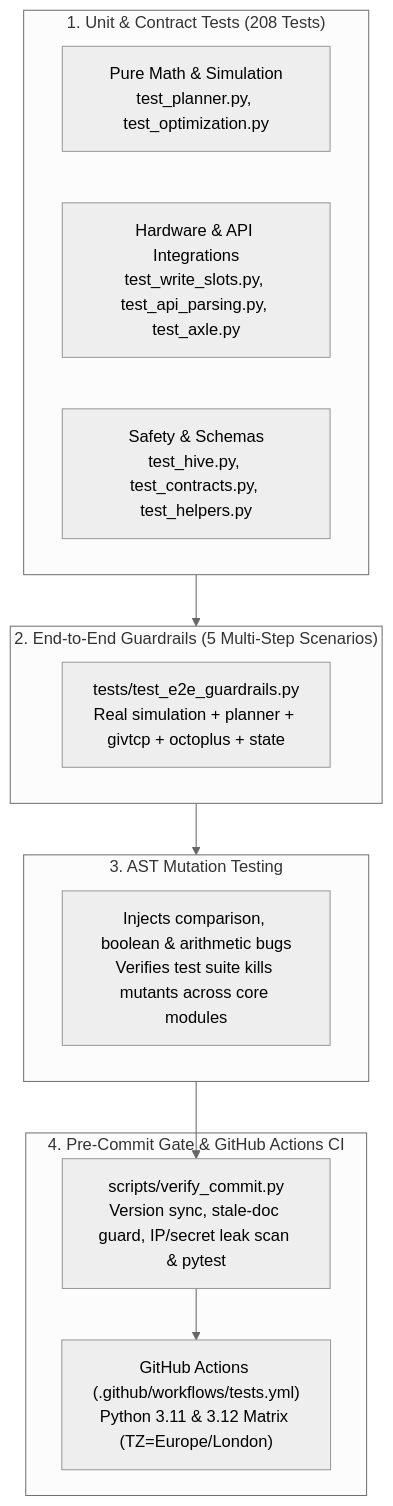
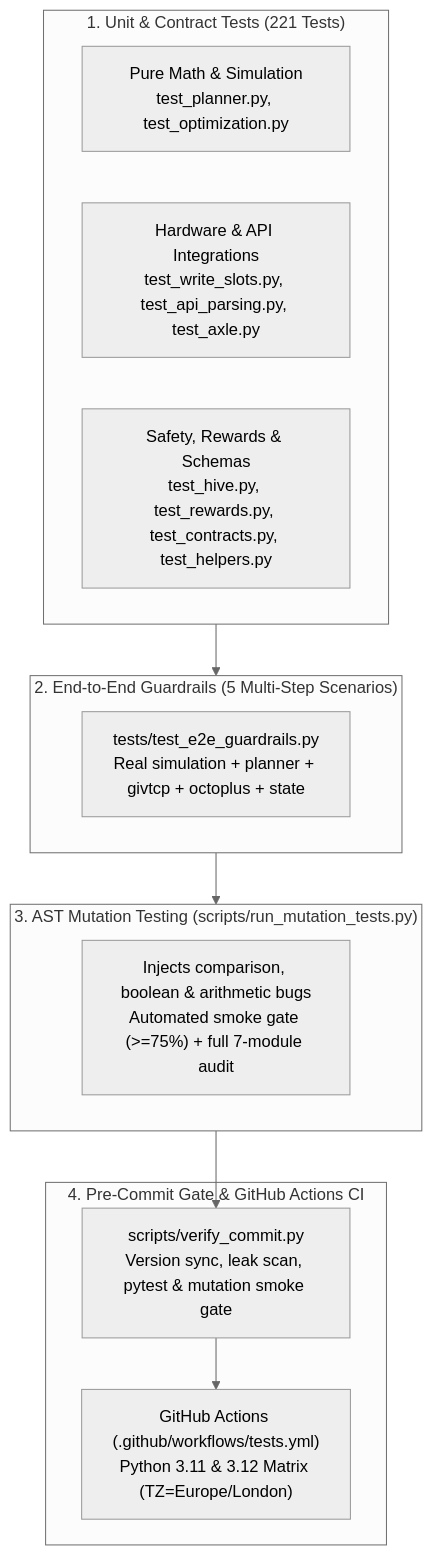
One commit to revhawk/GivEnergy_Tracker changed the first of 2 diagrams in ha-addon/TESTING.md. Above: the diagram before and after it, drawn with Mermaid (neutral theme). The commit also changed other lines of this file and 4 other files, not shown here.

Commit message:
chore: integrate AST mutation smoke gate into verify_commit.py and document mutation tests

````diff
--- a/ha-addon/TESTING.md
+++ b/ha-addon/TESTING.md
@@ -11,26 +11,26 @@
 ```mermaid
 flowchart TD
-    subgraph Layer1["1. Unit & Contract Tests (208 Tests)"]
+    subgraph Layer1["1. Unit & Contract Tests (221 Tests)"]
         U1["Pure Math & Simulation<br/>test_planner.py, test_optimization.py"]
         U2["Hardware & API Integrations<br/>test_write_slots.py, test_api_parsing.py, test_axle.py"]
-        U3["Safety & Schemas<br/>test_hive.py, test_contracts.py, test_helpers.py"]
+        U3["Safety, Rewards & Schemas<br/>test_hive.py, test_rewards.py, test_contracts.py, test_helpers.py"]
     end
 
     subgraph Layer2["2. End-to-End Guardrails (5 Multi-Step Scenarios)"]
         E2E["tests/test_e2e_guardrails.py<br/>Real simulation + planner + givtcp + octoplus + state"]
     end
 
-    subgraph Layer3["3. AST Mutation Testing"]
-        MUT["Injects comparison, boolean & arithmetic bugs<br/>Verifies test suite kills mutants across core modules"]
+    subgraph Layer3["3. AST Mutation Testing (scripts/run_mutation_tests.py)"]
+        MUT["Injects comparison, boolean & arithmetic bugs<br/>Automated smoke gate (>=75%) + full 7-module audit"]
     end
 
     subgraph Layer4["4. Pre-Commit Gate & GitHub Actions CI"]
-        GATE["scripts/verify_commit.py<br/>Version sync, stale-doc guard, IP/secret leak scan & pytest"]
+        GATE["scripts/verify_commit.py<br/>Version sync, leak scan, pytest & mutation smoke gate"]
         CI["GitHub Actions (.github/workflows/tests.yml)<br/>Python 3.11 & 3.12 Matrix (TZ=Europe/London)"]
     end
 
     Layer1 --> Layer2
     Layer2 --> Layer3
     Layer3 --> GATE
     GATE --> CI
 ```
````
